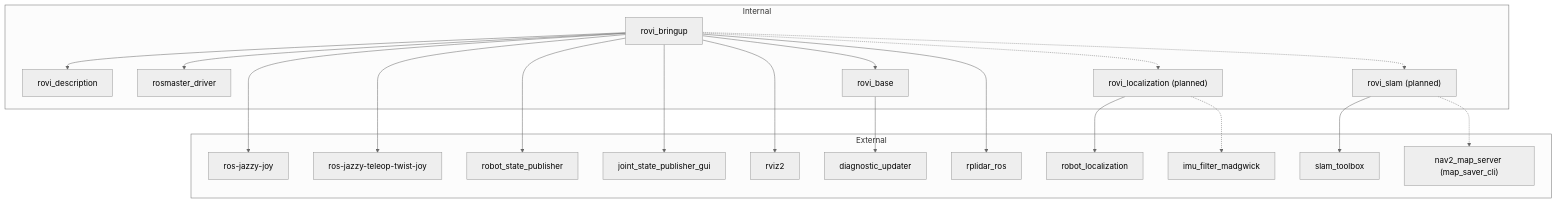
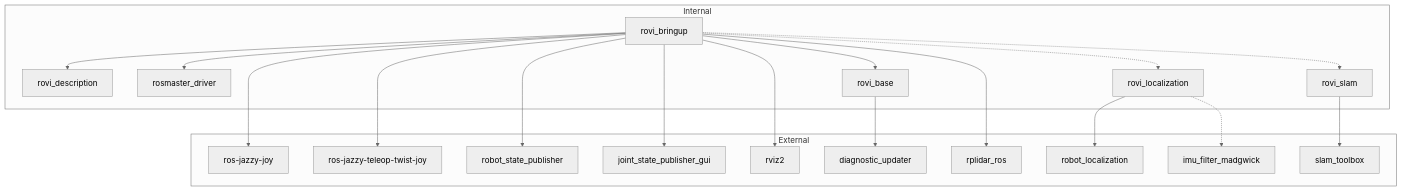
One commit to Roblibs/rovi_ros_ws changed the sixth of 6 diagrams in README.md. Above: the diagram before and after it, drawn with Mermaid (neutral theme). The commit also changed other lines of this file, not shown here.

````diff
--- a/README.md
+++ b/README.md
@@ -239,44 +247,42 @@
 ```mermaid
 flowchart TD
   subgraph Internal
     RoviBringup[rovi_bringup]
     RoviDesc[rovi_description]
     Rosmaster[rosmaster_driver]
     RoviBase[rovi_base]
-    RoviLoc["rovi_localization (planned)"]
-    RoviSlam["rovi_slam (planned)"]
+    RoviLoc[rovi_localization]
+    RoviSlam[rovi_slam]
   end
 
   subgraph External
     Joy[ros-jazzy-joy]
     Teleop[ros-jazzy-teleop-twist-joy]
   RSP[robot_state_publisher]
   JSPG[joint_state_publisher_gui]
   RVIZ[rviz2]
   Diag[diagnostic_updater]
   RPLidar[rplidar_ros]
   EKF[robot_localization]
   ImuFilter[imu_filter_madgwick]
   SlamToolbox[slam_toolbox]
-  MapServer["nav2_map_server (map_saver_cli)"]
   end
 
   RoviBringup --> RoviDesc
   RoviBringup --> Rosmaster
   RoviBringup --> RoviBase
   RoviBringup -.-> RoviLoc
   RoviBringup -.-> RoviSlam
   RoviBringup --> Joy
   RoviBringup --> Teleop
   RoviBringup --> RSP
   RoviBringup --> JSPG
   RoviBringup --> RVIZ
   RoviBringup --> RPLidar
 
   RoviBase --> Diag
 
   RoviLoc --> EKF
   RoviLoc -.-> ImuFilter
   RoviSlam --> SlamToolbox
-  RoviSlam -.-> MapServer
 ```
````
